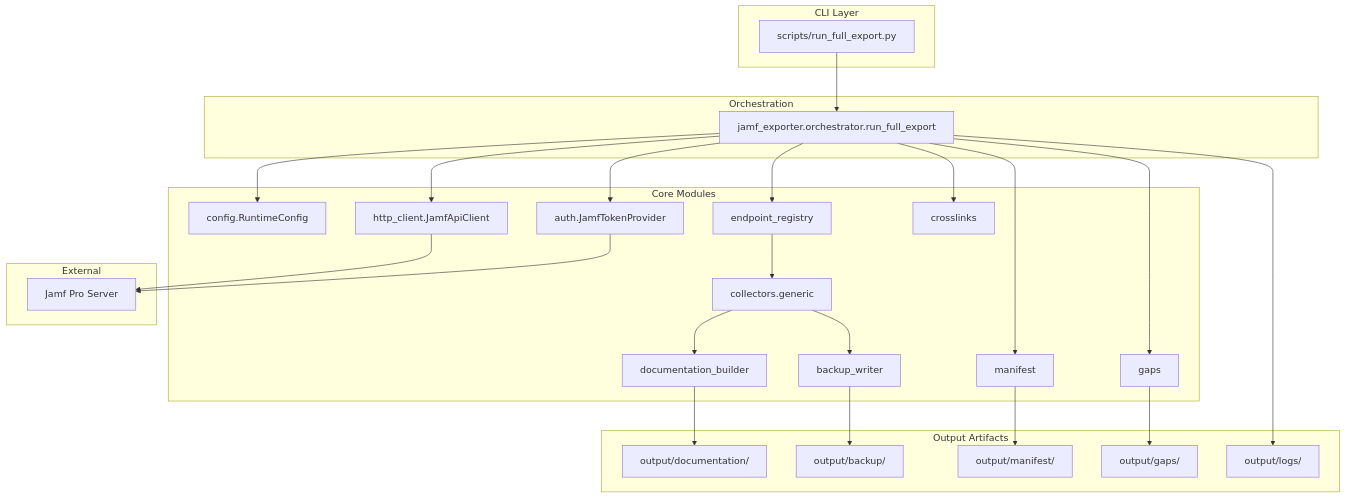
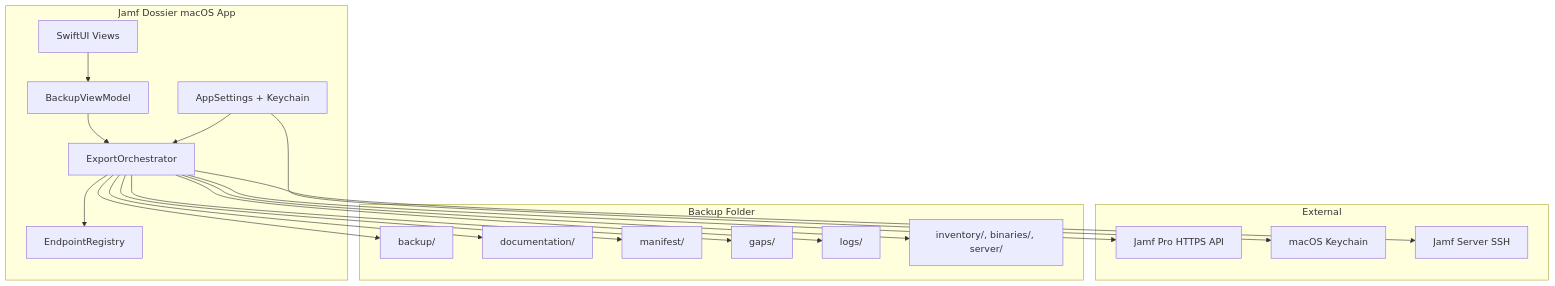
One commit to roto31/jamf-dossier changed the first of 4 diagrams in docs/architecture.md. Above: the diagram before and after it, drawn with Mermaid. The commit also changed other lines of this file and 43 other files, not shown here.

First line of the commit message:
docs: Jamf Dossier user wiki, DR bundle v2, and app-focused guides

````diff
--- a/docs/architecture.md
+++ b/docs/architecture.md
@@ -5,54 +5,39 @@
 ```mermaid
 flowchart TB
-  subgraph cli [CLI Layer]
-    RunScript["scripts/run_full_export.py"]
-  end
-
-  subgraph orchestrator [Orchestration]
-    Orch["jamf_exporter.orchestrator.run_full_export"]
-  end
-
-  subgraph core [Core Modules]
-    Config["config.RuntimeConfig"]
-    Auth["auth.JamfTokenProvider"]
-    Client["http_client.JamfApiClient"]
-    Registry["endpoint_registry"]
-    Collector["collectors.generic"]
-    DocBuilder["documentation_builder"]
-    BackupWriter["backup_writer"]
-    Manifest["manifest"]
-    Gaps["gaps"]
-    Crosslinks["crosslinks"]
+  subgraph app [Jamf Dossier macOS App]
+    UI["SwiftUI Views"]
+    Settings["AppSettings + Keychain"]
+    VM["BackupViewModel"]
+    Orch["ExportOrchestrator"]
+    Registry["EndpointRegistry"]
   end
 
   subgraph external [External]
-    JamfPro["Jamf Pro Server"]
+    JamfPro["Jamf Pro HTTPS API"]
+    Keychain["macOS Keychain"]
+    SSH["Jamf Server SSH"]
   end
 
-  subgraph output [Output Artifacts]
-    Docs["output/documentation/"]
-    Backup["output/backup/"]
-    ManifestOut["output/manifest/"]
-    GapsOut["output/gaps/"]
-    Logs["output/logs/"]
+  subgraph output [Backup Folder]
+    Backup["backup/"]
+    Docs["documentation/"]
+    Manifest["manifest/"]
+    Gaps["gaps/"]
+    Logs["logs/"]
+    DR["inventory/, binaries/, server/"]
   end
 
-  RunScript --> Orch
-  Orch --> Config
-  Orch --> Auth
-  Orch --> Client
+  UI --> VM
+  VM --> Orch
+  Settings --> Keychain
+  Settings --> Orch
   Orch --> Registry
-  Registry --> Collector
-  Client --> JamfPro
-  Auth --> JamfPro
-  Collector --> DocBuilder
-  Collector --> BackupWriter
-  DocBuilder --> Docs
-  BackupWriter --> Backup
+  Orch --> JamfPro
+  Orch --> SSH
+  Orch --> Backup
+  Orch --> Docs
   Orch --> Manifest
   Orch --> Gaps
-  Orch --> Crosslinks
-  Manifest --> ManifestOut
-  Gaps --> GapsOut
   Orch --> Logs
+  Orch --> DR
 ```
````
